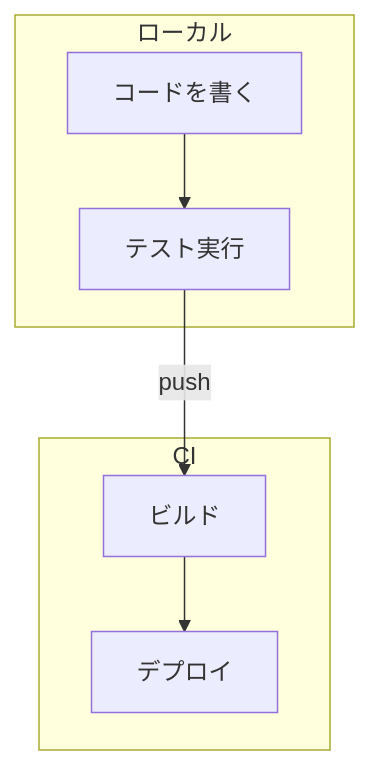
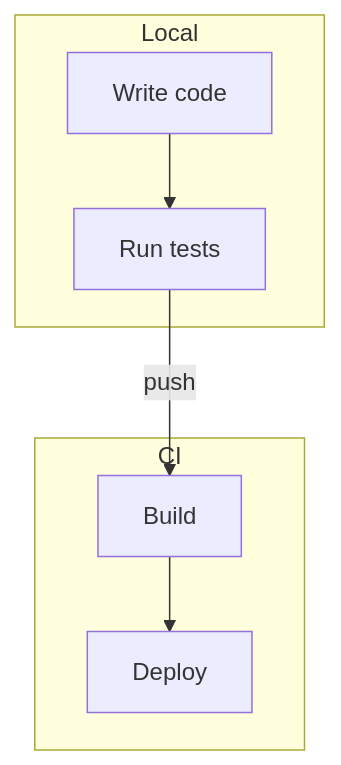
One commit to ambit418/mermaid-inline.nvim changed the first of 3 diagrams in examples/demo.md. Above: the diagram before and after it, drawn with Mermaid. The commit also changed other lines of this file and 2 other files, not shown here.

````diff
--- a/examples/demo.md
+++ b/examples/demo.md
@@ -5,10 +5,10 @@
 ```mermaid
 flowchart TD
-  subgraph ローカル
-    A[コードを書く] --> B[テスト実行]
+  subgraph Local
+    A[Write code] --> B[Run tests]
   end
   subgraph CI
-    C[ビルド] --> D[デプロイ]
+    C[Build] --> D[Deploy]
   end
   B -->|push| C
 ```
````
